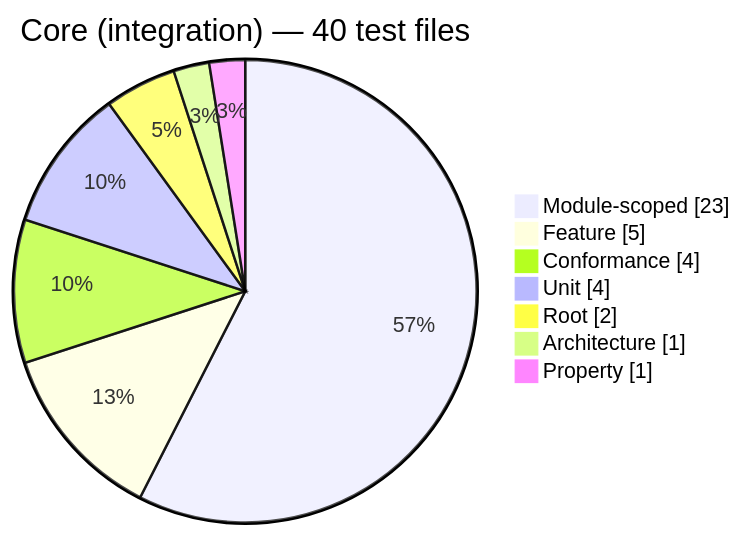
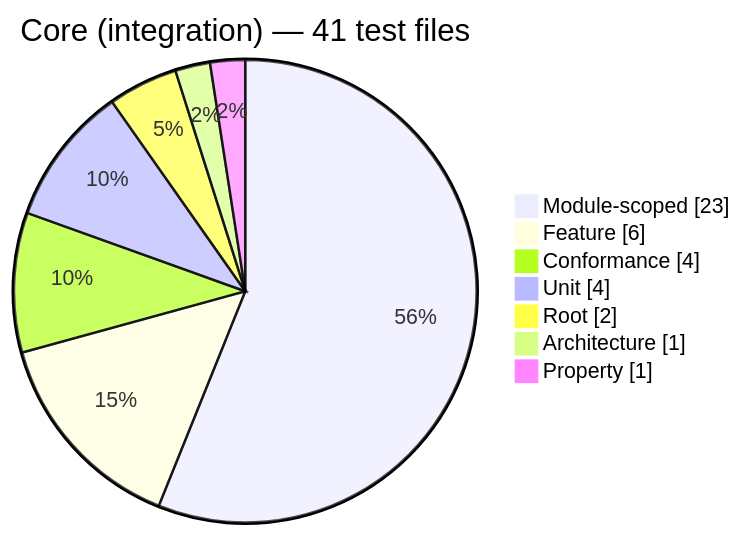
Diagram 13 of 13 in docs/generated/test-composition.md (Mohammed-Alama/php-arazzo), drawn with Mermaid before and after one commit. The commit also changed other lines of this file and 30 other files, not shown here.

````diff
--- a/docs/generated/test-composition.md
+++ b/docs/generated/test-composition.md
@@ -196,11 +196,11 @@
 ```mermaid
 pie showData
-    title Core (integration) — 40 test files
+    title Core (integration) — 41 test files
     "Module-scoped": 23
-    "Feature": 5
+    "Feature": 6
     "Conformance": 4
     "Unit": 4
     "Root": 2
     "Architecture": 1
     "Property": 1
 ```
````
